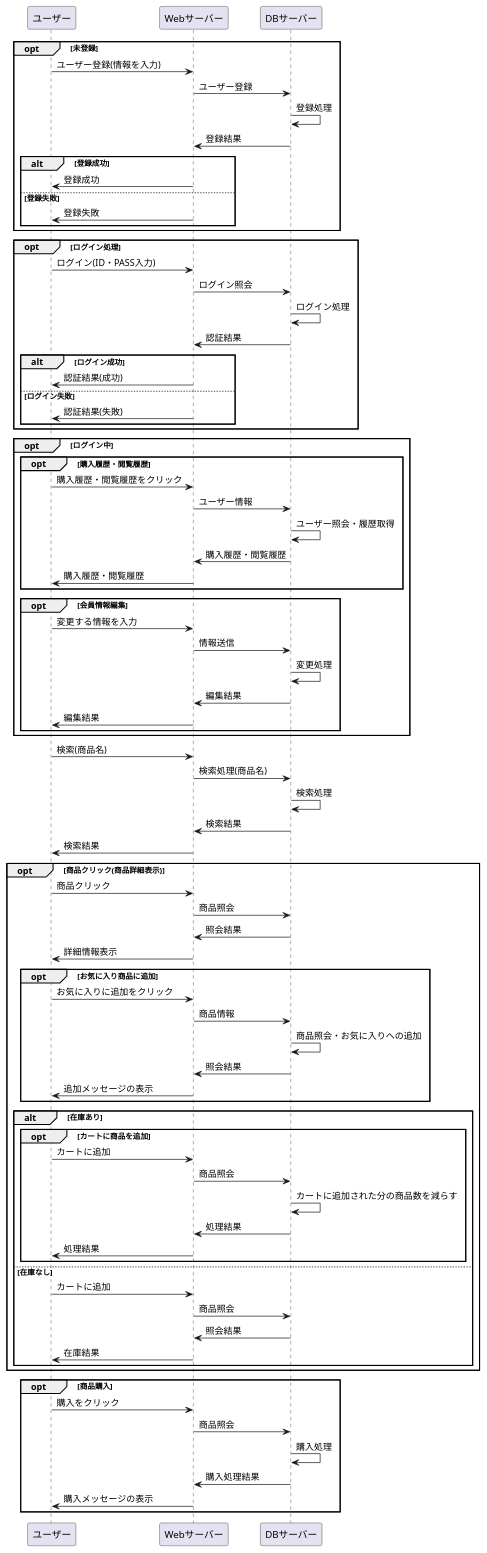
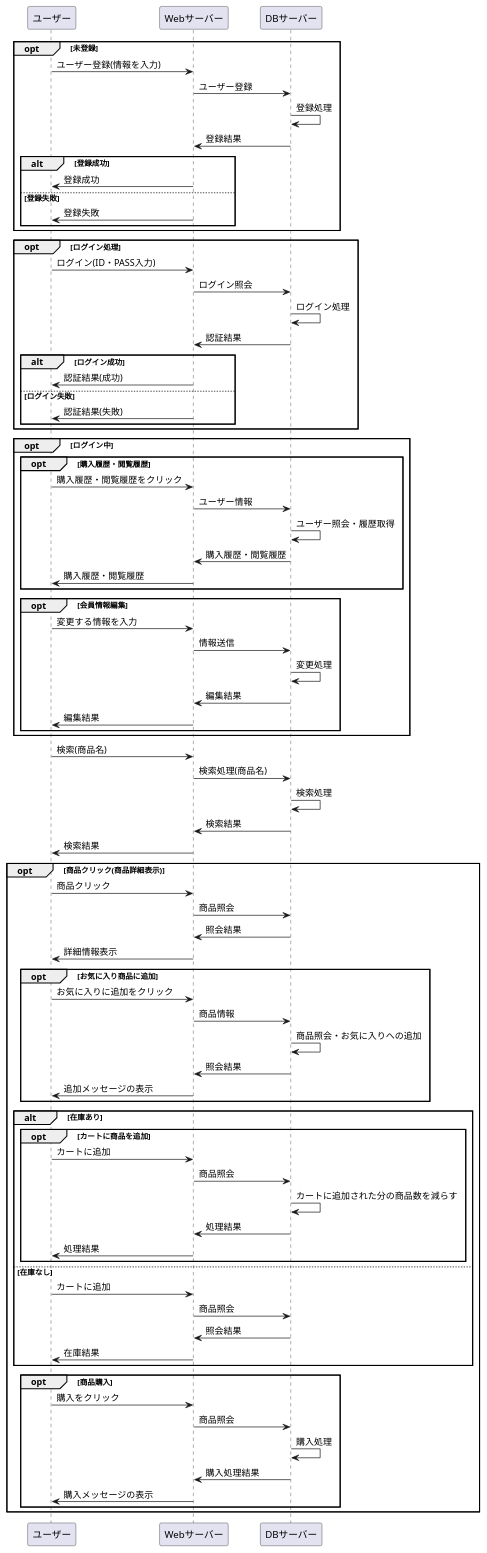
The diagram in システム開発/業務フロー/業務フロー.md (Aso2001163/2021sys-design-2), drawn with PlantUML before and after one commit. The commit also changed other lines of this file, not shown here.

````diff
--- a/システム開発/業務フロー/業務フロー.md
+++ b/システム開発/業務フロー/業務フロー.md
@@ -81,7 +81,6 @@
 DBサーバー -> Webサーバー : 照会結果
 Webサーバー -> ユーザー : 在庫結果
 end
-end
 
 opt 商品購入
 ユーザー -> Webサーバー : 購入をクリック
@@ -90,6 +89,7 @@
 DBサーバー -> Webサーバー : 購入処理結果
 Webサーバー -> ユーザー : 購入メッセージの表示
 end
+end
 
 @enduml
 ```
````
